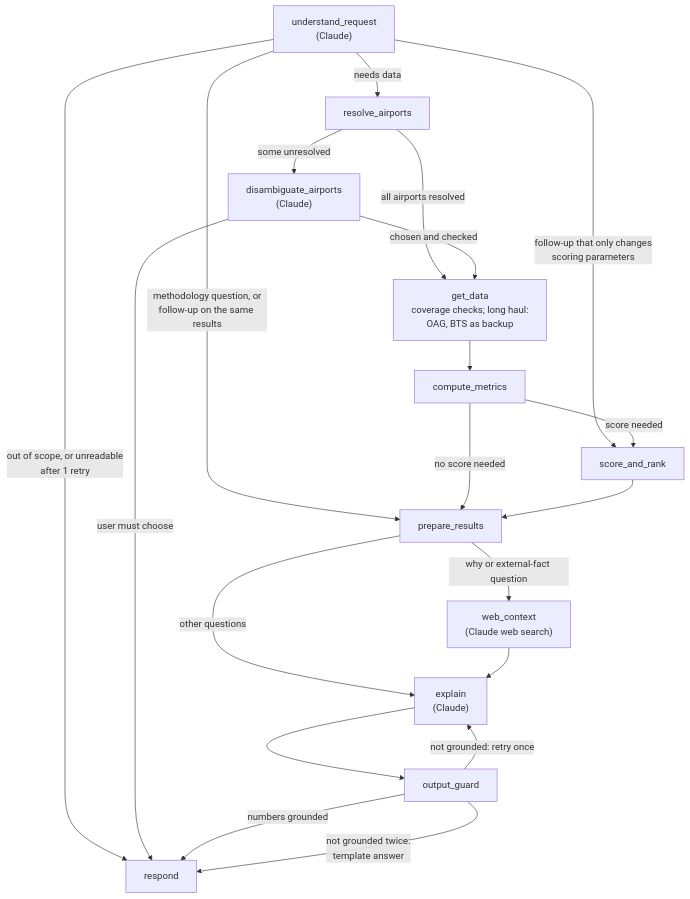
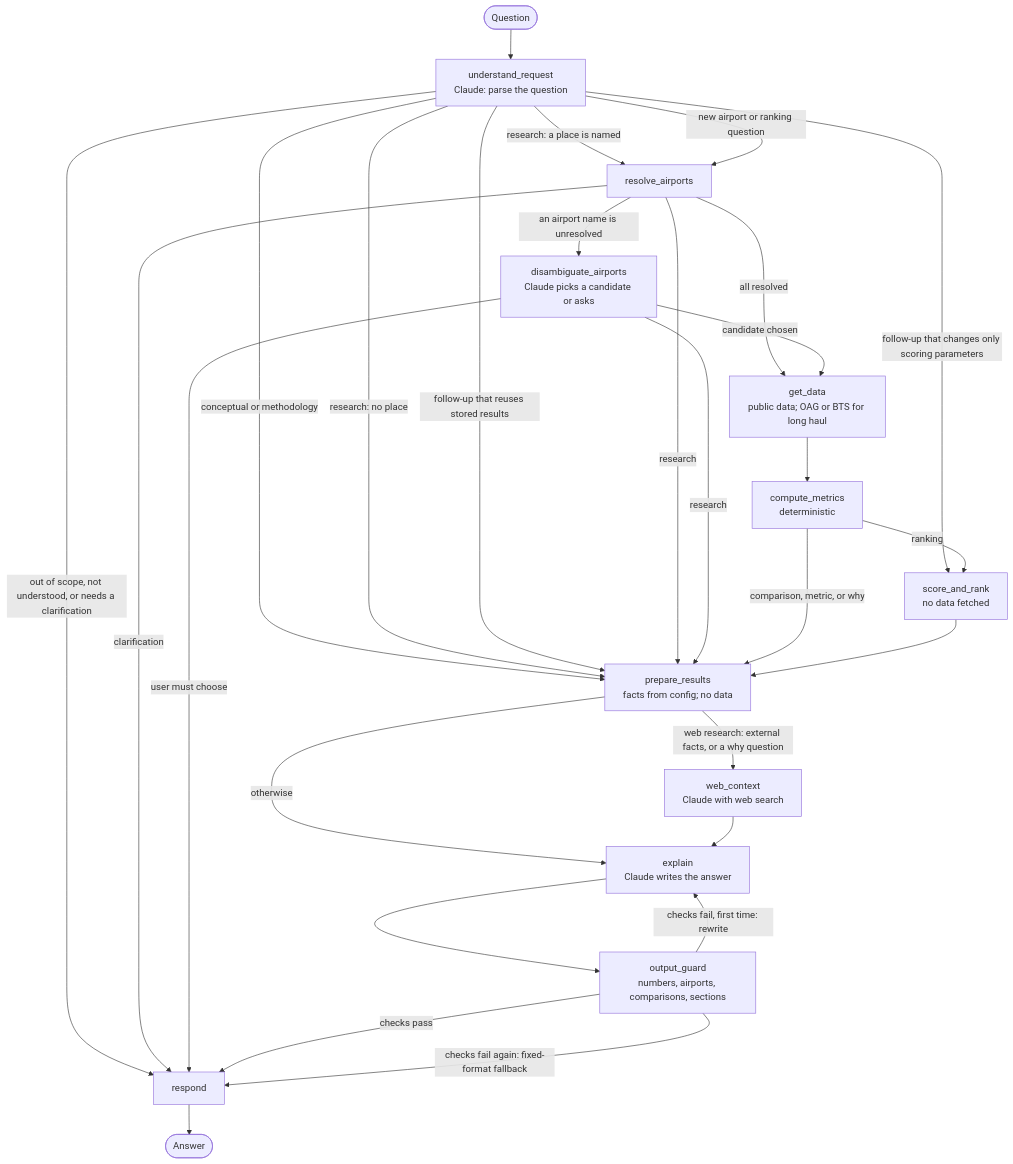
The diagram in DESIGN.md (adikoren/Airport_Agent), drawn with Mermaid before and after one commit. The commit also changed 9 other files, not shown here.

First line of the commit message:
Submission review: rendered graphs, corrected docs, timeout and form fixes

````diff
--- a/DESIGN.md
+++ b/DESIGN.md
@@ -54,22 +54,30 @@
 ```mermaid
 flowchart TD
-    U["understand_request<br/>(Claude)"] -->|needs data| A["resolve_airports"]
-    U -->|out of scope, or unreadable<br/>after 1 retry| R["respond"]
-    U -->|methodology question, or<br/>follow-up on the same results| P["prepare_results"]
-    U -->|follow-up that only changes<br/>scoring parameters| S["score_and_rank"]
-    A -->|all airports resolved| G["get_data<br/>coverage checks; long haul:<br/>OAG, BTS as backup"]
-    A -->|some unresolved| D["disambiguate_airports<br/>(Claude)"]
-    D -->|chosen and checked| G
-    D -->|user must choose| R
-    G --> M["compute_metrics"]
-    M -->|score needed| S
-    M -->|no score needed| P
-    S --> P
-    P -->|"why" or external-fact question| W["web_context<br/>(Claude web search)"]
-    P -->|other questions| E["explain<br/>(Claude)"]
-    W --> E
-    E --> O["output_guard"]
-    O -->|numbers grounded| R
-    O -->|not grounded: retry once| E
-    O -->|not grounded twice:<br/>template answer| R
+    start([Question]) --> understand_request["understand_request<br/>Claude: parse the question"]
+    understand_request -- "out of scope, not understood, or needs a clarification" --> respond["respond"]
+    understand_request -- "conceptual or methodology" --> prepare_results["prepare_results<br/>facts from config; no data"]
+    understand_request -- "research: a place is named" --> resolve_airports["resolve_airports"]
+    understand_request -- "research: no place" --> prepare_results
+    understand_request -- "follow-up that changes only scoring parameters" --> score_and_rank["score_and_rank<br/>no data fetched"]
+    understand_request -- "follow-up that reuses stored results" --> prepare_results
+    understand_request -- "new airport or ranking question" --> resolve_airports
+    resolve_airports -- "an airport name is unresolved" --> disambiguate_airports["disambiguate_airports<br/>Claude picks a candidate or asks"]
+    resolve_airports -- "research" --> prepare_results
+    resolve_airports -- "all resolved" --> get_data["get_data<br/>public data; OAG or BTS for long haul"]
+    resolve_airports -- "clarification" --> respond
+    disambiguate_airports -- "candidate chosen" --> get_data
+    disambiguate_airports -- "research" --> prepare_results
+    disambiguate_airports -- "user must choose" --> respond
+    get_data --> compute_metrics["compute_metrics<br/>deterministic"]
+    compute_metrics -- "ranking" --> score_and_rank
+    compute_metrics -- "comparison, metric, or why" --> prepare_results
+    score_and_rank --> prepare_results
+    prepare_results -- "web research: external facts, or a why question" --> web_context["web_context<br/>Claude with web search"]
+    prepare_results -- "otherwise" --> explain["explain<br/>Claude writes the answer"]
+    web_context --> explain
+    explain --> output_guard["output_guard<br/>numbers, airports, comparisons, sections"]
+    output_guard -- "checks pass" --> respond
+    output_guard -- "checks fail, first time: rewrite" --> explain
+    output_guard -- "checks fail again: fixed-format fallback" --> respond
+    respond --> stop([Answer])
 ```
````
